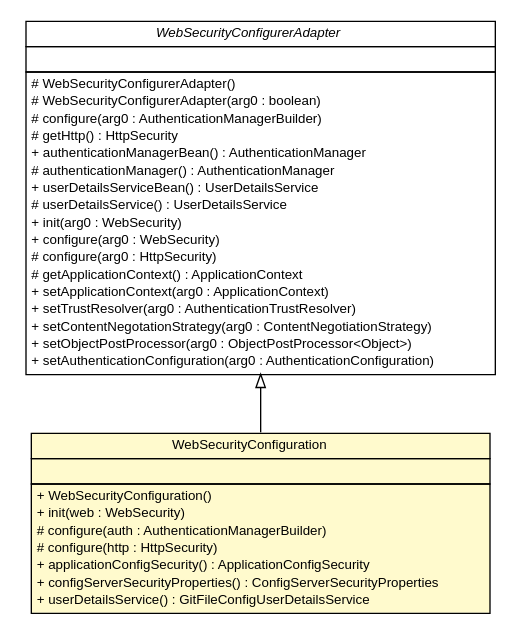
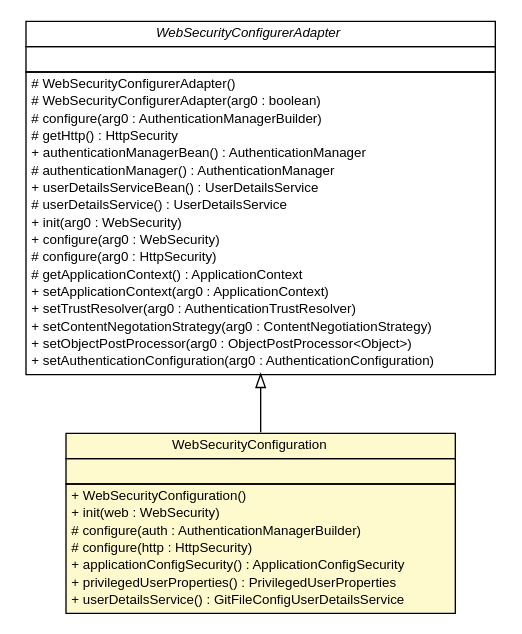
Before and after one commit to sfeng9d/spring-cloud-config: the diagram in snapshot/build-docker/maven-build-java8/spring-cloud-config/spring-cloud-config-server/apidocs/cn/home1/cloud/config/server/security/WebSecurityConfiguration.dot, drawn with Graphviz. The commit also changed 149 other files, not shown here.

Commit message:
Creating site for spring-cloud-config-server-0.0.1-SNAPSHOT

```diff
--- a/snapshot/build-docker/maven-build-java8/spring-cloud-config/spring-cloud-config-server/apidocs/cn/home1/cloud/config/server/security/WebSecurityConfiguration.dot
+++ b/snapshot/build-docker/maven-build-java8/spring-cloud-config/spring-cloud-config-server/apidocs/cn/home1/cloud/config/server/security/WebSecurityConfiguration.dot
@@ -1,60 +1,60 @@
 #!/usr/local/bin/dot
 #
 # Class diagram 
 # Generated by UMLGraph version R5_6-24-gf6e263 (http://www.umlgraph.org/)
 #
 
 digraph G {
 	edge [fontname="Helvetica",fontsize=10,labelfontname="Helvetica",labelfontsize=10];
 	node [fontname="Helvetica",fontsize=10,shape=plaintext];
 	nodesep=0.25;
 	ranksep=0.5;
 	// cn.home1.cloud.config.server.security.WebSecurityConfiguration
 	c354 [label=<<table title="cn.home1.cloud.config.server.security.WebSecurityConfiguration" border="0" cellborder="1" cellspacing="0" cellpadding="2" port="p" bgcolor="lemonChiffon" href="./WebSecurityConfiguration.html">
 		<tr><td><table border="0" cellspacing="0" cellpadding="1">
 <tr><td align="center" balign="center"> WebSecurityConfiguration </td></tr>
 		</table></td></tr>
 		<tr><td><table border="0" cellspacing="0" cellpadding="1">
 <tr><td align="left" balign="left">  </td></tr>
 		</table></td></tr>
 		<tr><td><table border="0" cellspacing="0" cellpadding="1">
 <tr><td align="left" balign="left"> + WebSecurityConfiguration() </td></tr>
 <tr><td align="left" balign="left"> + init(web : WebSecurity) </td></tr>
 <tr><td align="left" balign="left"> # configure(auth : AuthenticationManagerBuilder) </td></tr>
 <tr><td align="left" balign="left"> # configure(http : HttpSecurity) </td></tr>
 <tr><td align="left" balign="left"> + applicationConfigSecurity() : ApplicationConfigSecurity </td></tr>
-<tr><td align="left" balign="left"> + configServerSecurityProperties() : ConfigServerSecurityProperties </td></tr>
+<tr><td align="left" balign="left"> + privilegedUserProperties() : PrivilegedUserProperties </td></tr>
 <tr><td align="left" balign="left"> + userDetailsService() : GitFileConfigUserDetailsService </td></tr>
 		</table></td></tr>
 		</table>>, URL="./WebSecurityConfiguration.html", fontname="Helvetica", fontcolor="black", fontsize=10.0];
 	//cn.home1.cloud.config.server.security.WebSecurityConfiguration extends org.springframework.security.config.annotation.web.configuration.WebSecurityConfigurerAdapter
 	c362:p -> c354:p [dir=back,arrowtail=empty];
 	// org.springframework.security.config.annotation.web.configuration.WebSecurityConfigurerAdapter
 	c362 [label=<<table title="org.springframework.security.config.annotation.web.configuration.WebSecurityConfigurerAdapter" border="0" cellborder="1" cellspacing="0" cellpadding="2" port="p" href="http://java.sun.com/j2se/1.4.2/docs/api/org/springframework/security/config/annotation/web/configuration/WebSecurityConfigurerAdapter.html">
 		<tr><td><table border="0" cellspacing="0" cellpadding="1">
 <tr><td align="center" balign="center"><font face="Helvetica-Oblique"> WebSecurityConfigurerAdapter </font></td></tr>
 		</table></td></tr>
 		<tr><td><table border="0" cellspacing="0" cellpadding="1">
 <tr><td align="left" balign="left">  </td></tr>
 		</table></td></tr>
 		<tr><td><table border="0" cellspacing="0" cellpadding="1">
 <tr><td align="left" balign="left"> # WebSecurityConfigurerAdapter() </td></tr>
 <tr><td align="left" balign="left"> # WebSecurityConfigurerAdapter(arg0 : boolean) </td></tr>
 <tr><td align="left" balign="left"> # configure(arg0 : AuthenticationManagerBuilder) </td></tr>
 <tr><td align="left" balign="left"> # getHttp() : HttpSecurity </td></tr>
 <tr><td align="left" balign="left"> + authenticationManagerBean() : AuthenticationManager </td></tr>
 <tr><td align="left" balign="left"> # authenticationManager() : AuthenticationManager </td></tr>
 <tr><td align="left" balign="left"> + userDetailsServiceBean() : UserDetailsService </td></tr>
 <tr><td align="left" balign="left"> # userDetailsService() : UserDetailsService </td></tr>
 <tr><td align="left" balign="left"> + init(arg0 : WebSecurity) </td></tr>
 <tr><td align="left" balign="left"> + configure(arg0 : WebSecurity) </td></tr>
 <tr><td align="left" balign="left"> # configure(arg0 : HttpSecurity) </td></tr>
 <tr><td align="left" balign="left"> # getApplicationContext() : ApplicationContext </td></tr>
 <tr><td align="left" balign="left"> + setApplicationContext(arg0 : ApplicationContext) </td></tr>
 <tr><td align="left" balign="left"> + setTrustResolver(arg0 : AuthenticationTrustResolver) </td></tr>
 <tr><td align="left" balign="left"> + setContentNegotationStrategy(arg0 : ContentNegotiationStrategy) </td></tr>
 <tr><td align="left" balign="left"> + setObjectPostProcessor(arg0 : ObjectPostProcessor&lt;Object&gt;) </td></tr>
 <tr><td align="left" balign="left"> + setAuthenticationConfiguration(arg0 : AuthenticationConfiguration) </td></tr>
 		</table></td></tr>
 		</table>>, URL="http://java.sun.com/j2se/1.4.2/docs/api/org/springframework/security/config/annotation/web/configuration/WebSecurityConfigurerAdapter.html", fontname="Helvetica", fontcolor="black", fontsize=10.0];
 }
```
